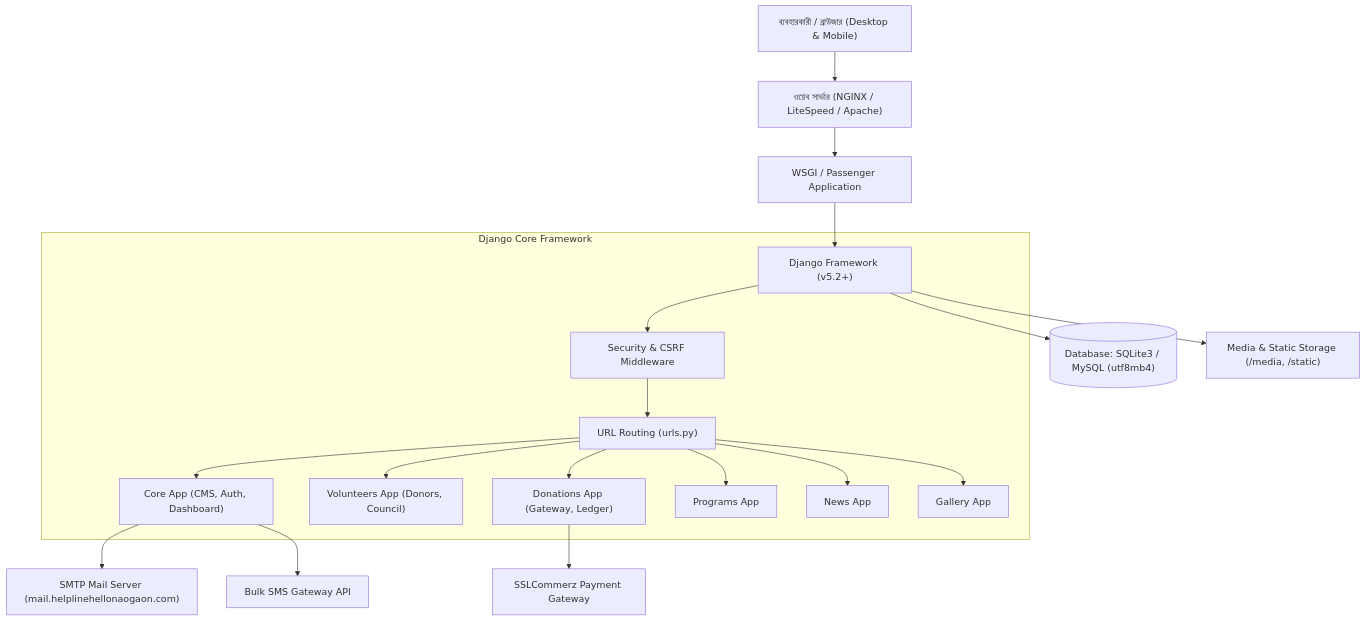
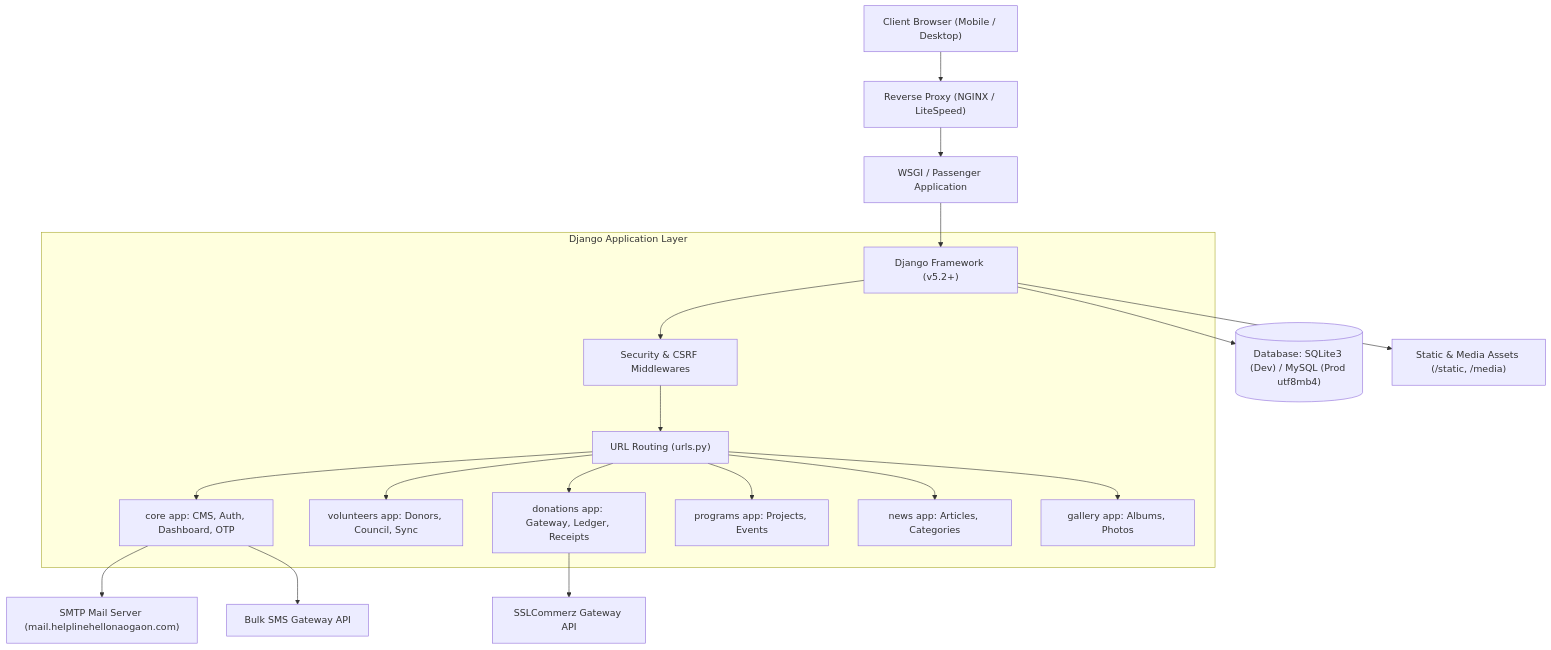
Before and after one commit to hijbullahx/hello_naogaon: the first of 2 diagrams in README.md, drawn with Mermaid. The commit also changed other lines of this file, not shown here.

````diff
--- a/README.md
+++ b/README.md
@@ -103,24 +111,24 @@
 ```mermaid
 graph TD
-    Client["ব্যবহারকারী / ব্রাউজার (Desktop & Mobile)"] --> NGINX["ওয়েব সার্ভার (NGINX / LiteSpeed / Apache)"]
-    NGINX --> WSGI["WSGI / Passenger Application"]
+    User["Client Browser (Mobile / Desktop)"] --> WebServer["Reverse Proxy (NGINX / LiteSpeed)"]
+    WebServer --> WSGI["WSGI / Passenger Application"]
     WSGI --> DjangoCore["Django Framework (v5.2+)"]
     
-    subgraph "Django Core Framework"
-        DjangoCore --> Middleware["Security & CSRF Middleware"]
-        Middleware --> Router["URL Routing (urls.py)"]
-        Router --> CoreApp["Core App (CMS, Auth, Dashboard)"]
-        Router --> VolApp["Volunteers App (Donors, Council)"]
-        Router --> DonApp["Donations App (Gateway, Ledger)"]
-        Router --> ProgApp["Programs App"]
-        Router --> NewsApp["News App"]
-        Router --> GallApp["Gallery App"]
+    subgraph "Django Application Layer"
+        DjangoCore --> Security["Security & CSRF Middlewares"]
+        Security --> URLRouter["URL Routing (urls.py)"]
+        URLRouter --> Core["core app: CMS, Auth, Dashboard, OTP"]
+        URLRouter --> Volunteers["volunteers app: Donors, Council, Sync"]
+        URLRouter --> Donations["donations app: Gateway, Ledger, Receipts"]
+        URLRouter --> Programs["programs app: Projects, Events"]
+        URLRouter --> News["news app: Articles, Categories"]
+        URLRouter --> Gallery["gallery app: Albums, Photos"]
     end
     
-    DonApp --> PGW["SSLCommerz Payment Gateway"]
-    CoreApp --> SMTP["SMTP Mail Server (mail.helplinehellonaogaon.com)"]
-    CoreApp --> SMS["Bulk SMS Gateway API"]
+    Donations --> SSLCommerz["SSLCommerz Gateway API"]
+    Core --> SMTP["SMTP Mail Server (mail.helplinehellonaogaon.com)"]
+    Core --> SMS["Bulk SMS Gateway API"]
     
-    DjangoCore --> Database[("Database: SQLite3 / MySQL (utf8mb4)")]
-    DjangoCore --> Storage["Media & Static Storage (/media, /static)"]
+    DjangoCore --> DB[("Database: SQLite3 (Dev) / MySQL (Prod utf8mb4)")]
+    DjangoCore --> MediaStorage["Static & Media Assets (/static, /media)"]
 ```
````
